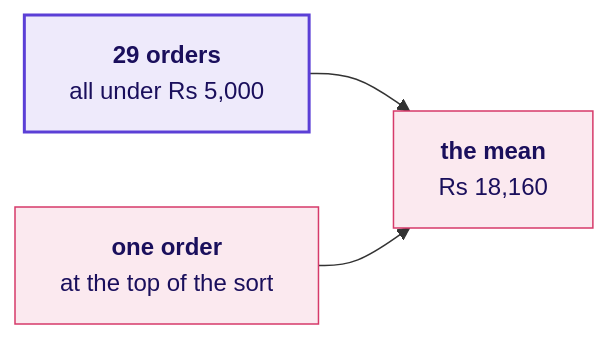
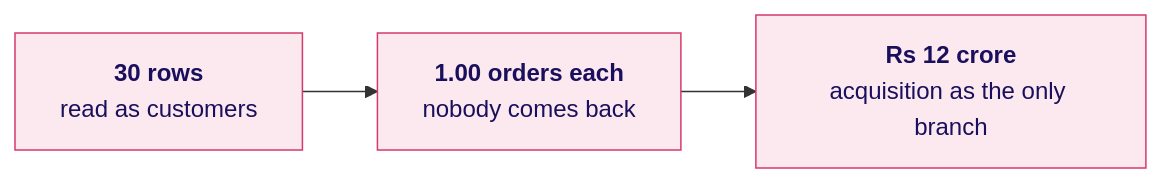
Diagram 24 of 31 in content/W01/D1/slides/C2_W01_D01_half1_STUDENT.md (fde-academy-lab/c2-content-factory), drawn with Mermaid before and after one commit. The commit also changed other lines of this file and 22 other files, not shown here.

````diff
--- a/content/W01/D1/slides/C2_W01_D01_half1_STUDENT.md
+++ b/content/W01/D1/slides/C2_W01_D01_half1_STUDENT.md
@@ -1039,9 +1308,7 @@
 ```mermaid
 flowchart LR
-    P["<b>29 orders</b><br/>all under Rs 5,000"] --> M["<b>the mean</b><br/>Rs 18,160"]
-    T["<b>one order</b><br/>at the top of the sort"] --> M
-    classDef known fill:#EEEAFB,stroke:#5B3FD6,color:#1A0F5C,stroke-width:2px
+    R["<b>30 rows</b><br/>read as customers"] --> F["<b>1.00 orders each</b><br/>nobody comes back"]
+    F --> B["<b>Rs 12 crore</b><br/>acquisition as the only branch"]
     classDef bad fill:#FBE9EF,stroke:#D63A6A,color:#1A0F5C
-    class P known
-    class T,M bad
+    class R,F,B bad
 ```
````
